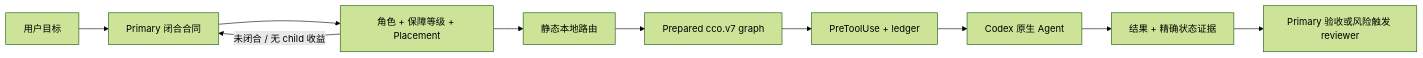
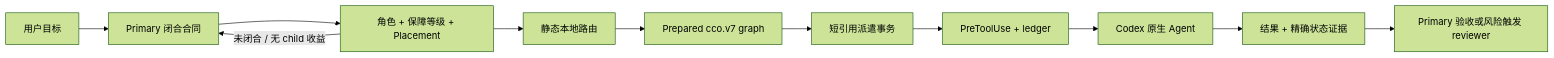
Before and after one commit to KirschBluteX/agent-orchestration-gateway: the diagram in README.zh-CN.md, drawn with Mermaid (forest theme). The commit also changed other lines of this file and 30 other files, not shown here.

````diff
--- a/README.zh-CN.md
+++ b/README.zh-CN.md
@@ -30,12 +35,13 @@
 ```mermaid
 flowchart LR
     U["用户目标"] --> P["Primary 闭合合同"]
     P --> D["角色 + 保障等级 + Placement"]
     D -->|"未闭合 / 无 child 收益"| P
     D --> R["静态本地路由"]
     R --> G["Prepared cco.v7 graph"]
-    G --> H["PreToolUse + ledger"]
+    G --> T["短引用派遣事务"]
+    T --> H["PreToolUse + ledger"]
     H --> A["Codex 原生 Agent"]
     A --> E["结果 + 精确状态证据"]
     E --> V["Primary 验收或风险触发 reviewer"]
 ```
````
